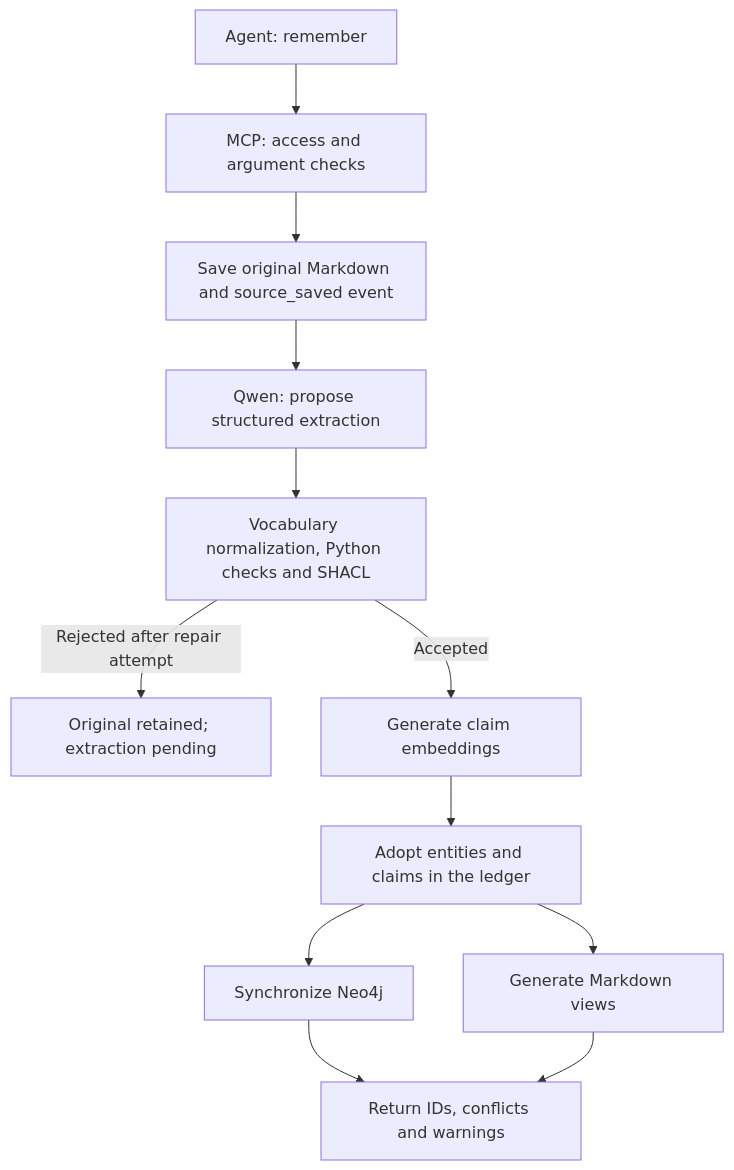
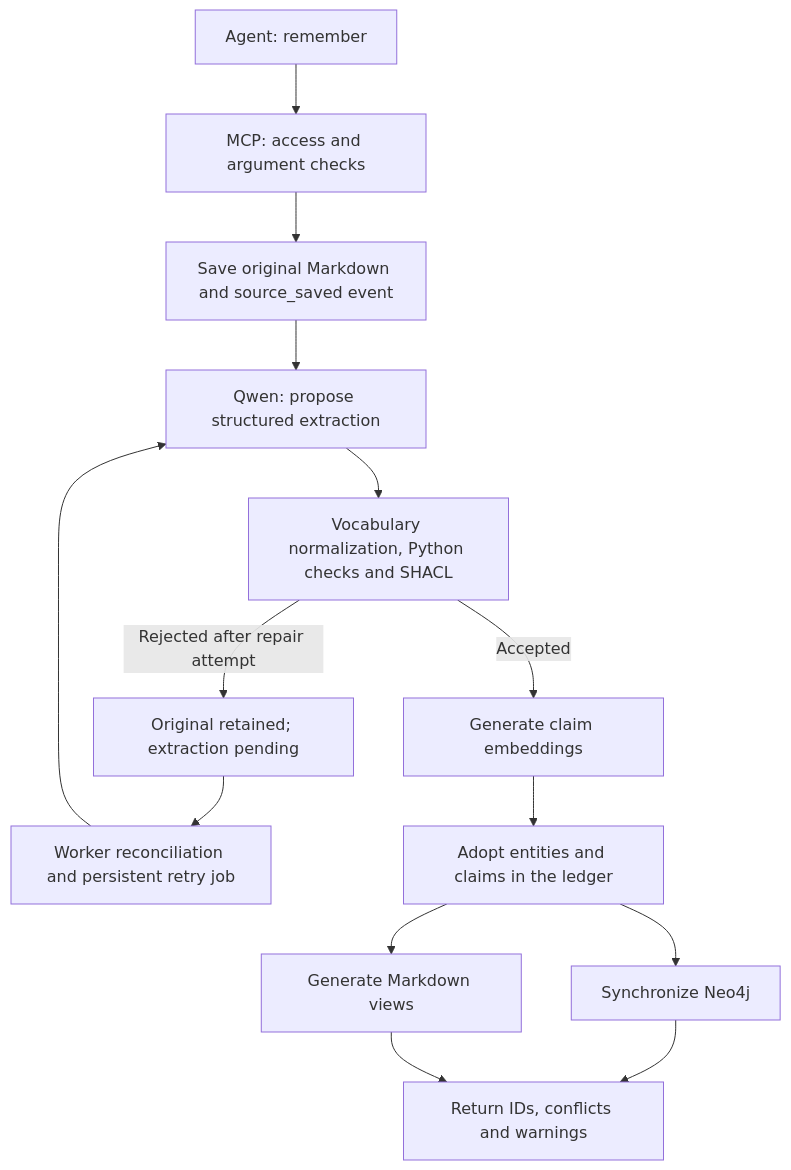
One commit to emanueledibella/sbrain changed the diagram in docs/ingestion.md. Above: the diagram before and after it, drawn with Mermaid. The commit also changed other lines of this file and 18 other files, not shown here.

Commit message:
Add persistent SQLite recovery worker with retries and review states

````diff
--- a/docs/ingestion.md
+++ b/docs/ingestion.md
@@ -10,14 +10,16 @@
 ```mermaid
 flowchart TD
     A["Agent: remember"] --> B["MCP: access and argument checks"]
     B --> C["Save original Markdown and source_saved event"]
     C --> D["Qwen: propose structured extraction"]
     D --> E["Vocabulary normalization, Python checks and SHACL"]
     E -->|"Rejected after repair attempt"| P["Original retained; extraction pending"]
+    P --> R["Worker reconciliation and persistent retry job"]
+    R --> D
     E -->|Accepted| F["Generate claim embeddings"]
     F --> G["Adopt entities and claims in the ledger"]
     G --> H["Synchronize Neo4j"]
     G --> I["Generate Markdown views"]
     H --> J["Return IDs, conflicts and warnings"]
     I --> J
 ```
````
